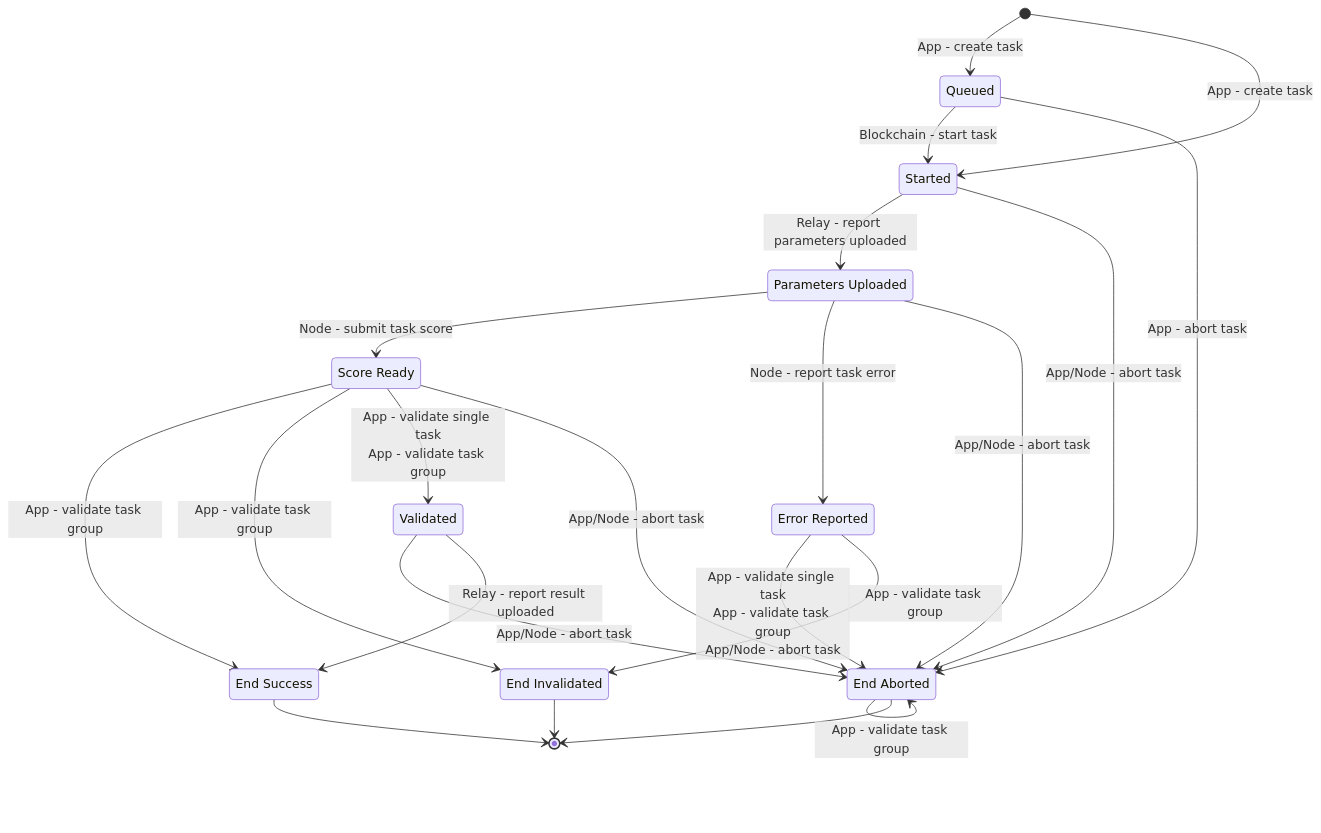
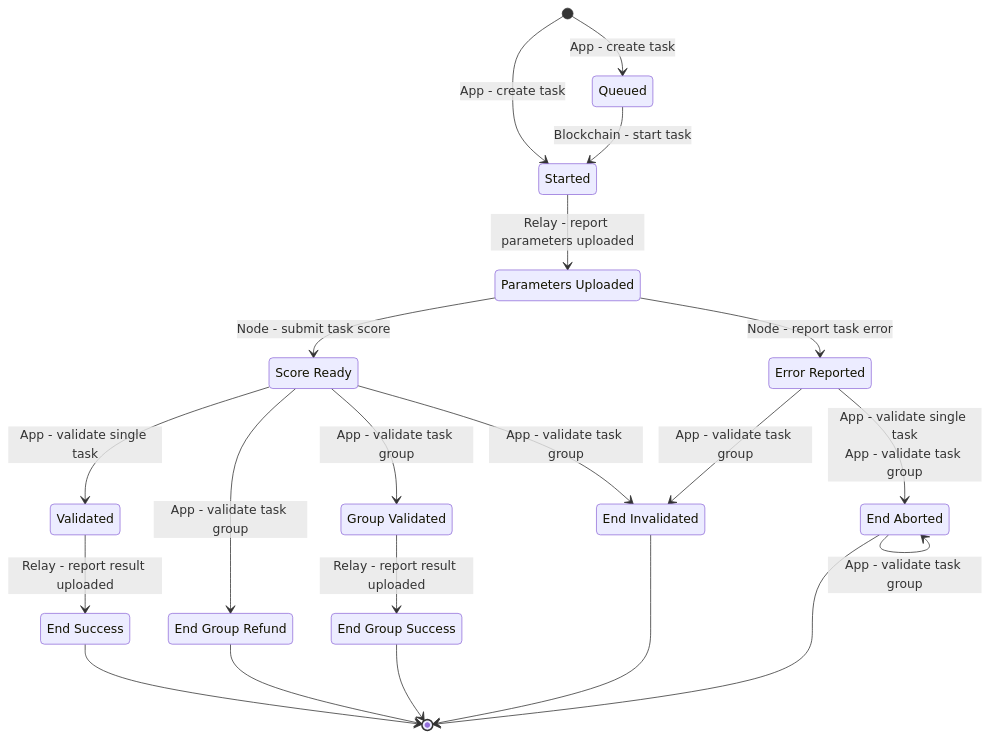
One commit to crynux-ai/documentation changed the diagram in gitbook/system-design/task-lifecycle/task-state-transitions.md. Above: the diagram before and after it, drawn with Mermaid. The commit also changed other lines of this file, not shown here.

Commit message:
GITBOOK-355: No subject

````diff
--- a/gitbook/system-design/task-lifecycle/task-state-transitions.md
+++ b/gitbook/system-design/task-lifecycle/task-state-transitions.md
@@ -11,34 +13,37 @@
 ```mermaid fullWidth="true"
 stateDiagram-v2
   state "Queued" as q
   state "Started" as s
   state "Parameters Uploaded" as pu
   state "Error Reported" as er
   state "Score Ready" as sr
   state "Validated" as v
+  state "Group Validated" as gv
+  state "End Group Refund" as egr
   state "End Success" as es
+  state "End Group Success" as egs
   state "End Invalidated" as ei
   state "End Aborted" as ea
 
   [*] --> q: App - create task
   [*] --> s: App - create task
   q --> s: Blockchain - start task
   s --> pu: Relay - report parameters uploaded
   pu --> sr: Node - submit task score
   pu --> er: Node - report task error
-  sr --> es: App - validate task group
   sr --> ei: App - validate task group
-  sr --> v: App - validate single task<br/>App - validate task group
-  q --> ea: App - abort task
-  s --> ea: App/Node - abort task
-  pu --> ea: App/Node - abort task
-  er --> ea: App - validate single task<br/>App - validate task group<br/>App/Node - abort task
+  sr --> v: App - validate single task
+  sr --> gv: App - validate task group
+  gv --> egs: Relay - report result uploaded
+  sr --> egr: App - validate task group
+  er --> ea: App - validate single task<br/>App - validate task group
   er --> ei: App - validate task group
-  sr --> ea: App/Node - abort task
-  v --> ea: App/Node - abort task
   v --> es: Relay - report result uploaded
   ea --> ea: App - validate task group
   es --> [*]
+  egr --> [*]
+  egs --> [*]
   ei --> [*]
   ea --> [*]
+  
 ```
````
